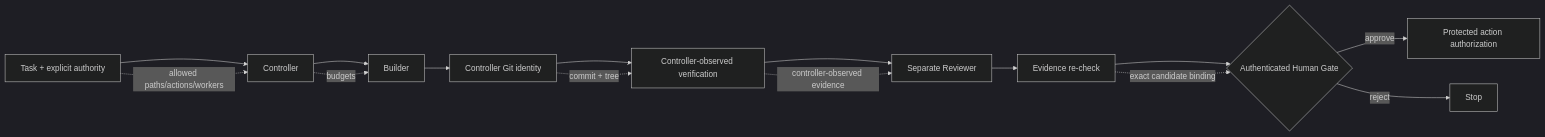
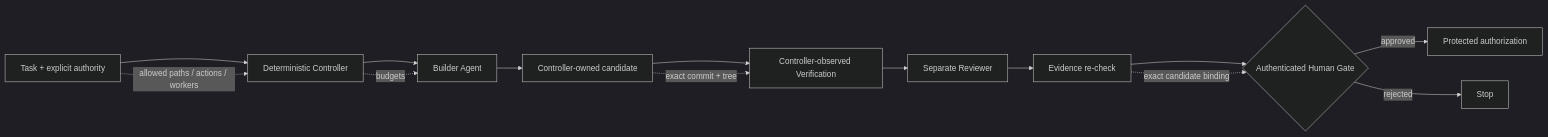
One commit to steerion-labs/bounded-agent-runtime changed the diagram in README.md. Above: the diagram before and after it, drawn with Mermaid (dark theme). The commit also changed other lines of this file, not shown here.

````diff
--- a/README.md
+++ b/README.md
@@ -29,18 +63,17 @@
 ```mermaid
 flowchart LR
-    T[Task + explicit authority] --> C[Controller]
-    C --> B[Builder]
-    B --> G[Controller Git identity]
-    G --> V[Controller-observed verification]
+    T[Task + explicit authority] --> C[Deterministic Controller]
+    C --> B[Builder Agent]
+    B --> G[Controller-owned candidate]
+    G --> V[Controller-observed Verification]
     V --> R[Separate Reviewer]
     R --> E[Evidence re-check]
     E --> H{Authenticated Human Gate}
-    H -->|approve| A[Protected action authorization]
-    H -->|reject| X[Stop]
+    H -->|approved| A[Protected authorization]
+    H -->|rejected| X[Stop]
 
+    T -. allowed paths / actions / workers .-> C
     C -. budgets .-> B
-    T -. allowed paths/actions/workers .-> C
-    G -. commit + tree .-> V
-    V -. controller-observed evidence .-> R
+    G -. exact commit + tree .-> V
     E -. exact candidate binding .-> H
 ```
````
